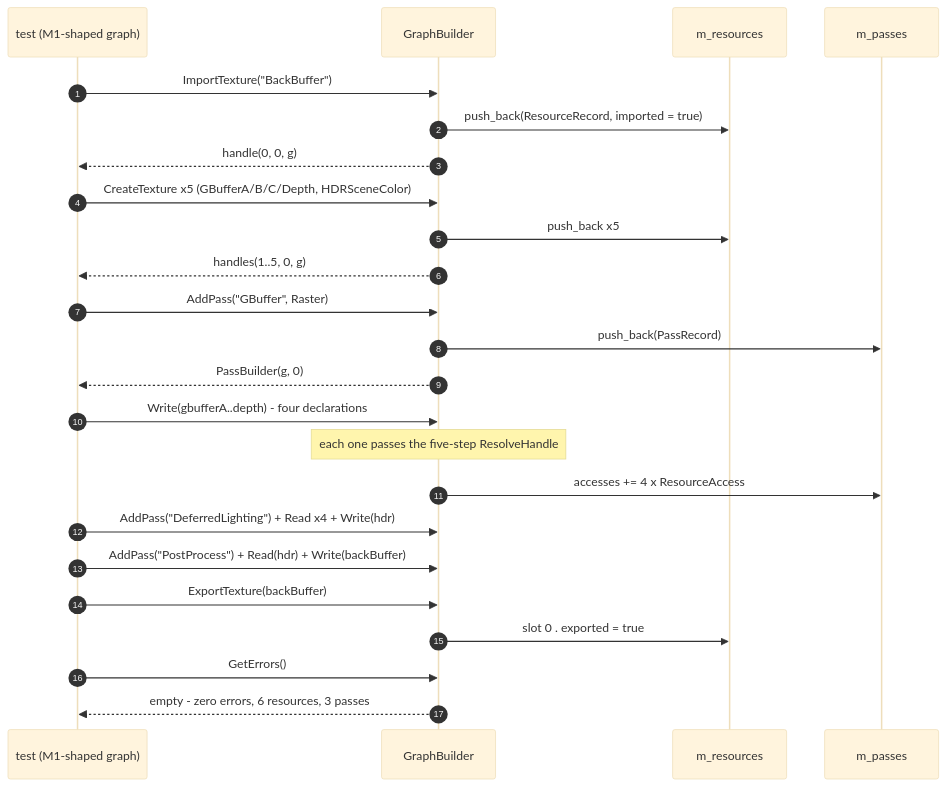
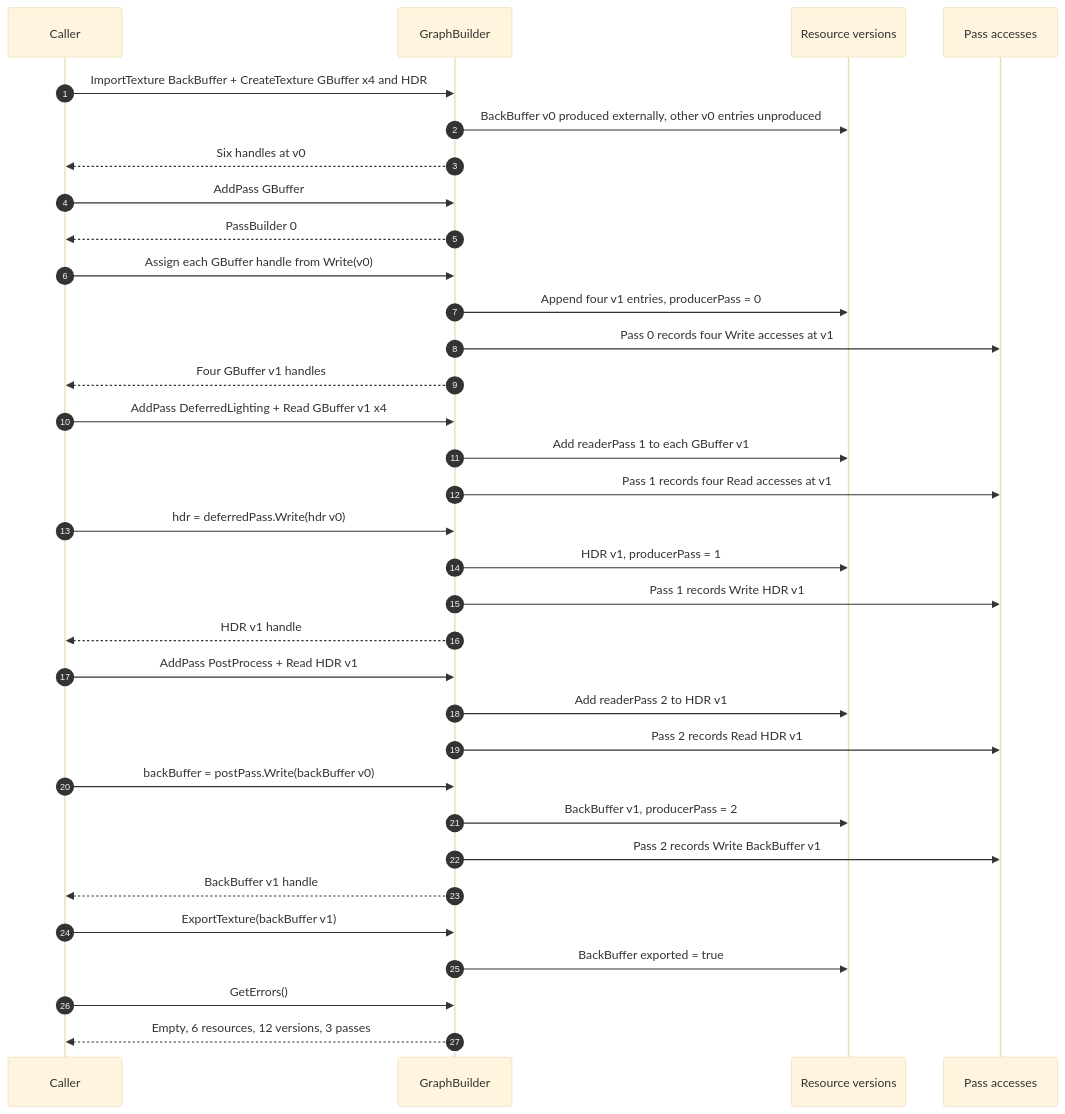
The seventh of 7 diagrams in docs/rdg-dataflow.md (wenjian-zhou/RenderLab), drawn with Mermaid (base theme) before and after one commit. The commit also changed other lines of this file and 2 other files, not shown here.

Commit message:
docs: update RDG data-flow walkthrough for S4.2 resource versioning

````diff
--- a/docs/rdg-dataflow.md
+++ b/docs/rdg-dataflow.md
@@ -120,27 +261,36 @@
 ```mermaid
 sequenceDiagram
     autonumber
-    participant T as test (M1-shaped graph)
+    participant T as Caller
     participant B as GraphBuilder
-    participant R as m_resources
-    participant P as m_passes
+    participant R as Resource versions
+    participant P as Pass accesses
 
-    T->>B: ImportTexture("BackBuffer")
-    B->>R: push_back(ResourceRecord, imported = true)
-    B-->>T: handle(0, 0, g)
-    T->>B: CreateTexture x5 (GBufferA/B/C/Depth, HDRSceneColor)
-    B->>R: push_back x5
-    B-->>T: handles(1..5, 0, g)
-    T->>B: AddPass("GBuffer", Raster)
-    B->>P: push_back(PassRecord)
-    B-->>T: PassBuilder(g, 0)
-    T->>B: Write(gbufferA..depth) - four declarations
-    Note over B: each one passes the five-step ResolveHandle
-    B->>P: accesses += 4 x ResourceAccess
-    T->>B: AddPass("DeferredLighting") + Read x4 + Write(hdr)
-    T->>B: AddPass("PostProcess") + Read(hdr) + Write(backBuffer)
-    T->>B: ExportTexture(backBuffer)
-    B->>R: slot 0 . exported = true
+    T->>B: ImportTexture BackBuffer + CreateTexture GBuffer x4 and HDR
+    B->>R: BackBuffer v0 produced externally, other v0 entries unproduced
+    B-->>T: Six handles at v0
+    T->>B: AddPass GBuffer
+    B-->>T: PassBuilder 0
+    T->>B: Assign each GBuffer handle from Write(v0)
+    B->>R: Append four v1 entries, producerPass = 0
+    B->>P: Pass 0 records four Write accesses at v1
+    B-->>T: Four GBuffer v1 handles
+    T->>B: AddPass DeferredLighting + Read GBuffer v1 x4
+    B->>R: Add readerPass 1 to each GBuffer v1
+    B->>P: Pass 1 records four Read accesses at v1
+    T->>B: hdr = deferredPass.Write(hdr v0)
+    B->>R: HDR v1, producerPass = 1
+    B->>P: Pass 1 records Write HDR v1
+    B-->>T: HDR v1 handle
+    T->>B: AddPass PostProcess + Read HDR v1
+    B->>R: Add readerPass 2 to HDR v1
+    B->>P: Pass 2 records Read HDR v1
+    T->>B: backBuffer = postPass.Write(backBuffer v0)
+    B->>R: BackBuffer v1, producerPass = 2
+    B->>P: Pass 2 records Write BackBuffer v1
+    B-->>T: BackBuffer v1 handle
+    T->>B: ExportTexture(backBuffer v1)
+    B->>R: BackBuffer exported = true
     T->>B: GetErrors()
-    B-->>T: empty - zero errors, 6 resources, 3 passes
+    B-->>T: Empty, 6 resources, 12 versions, 3 passes
 ```
````
